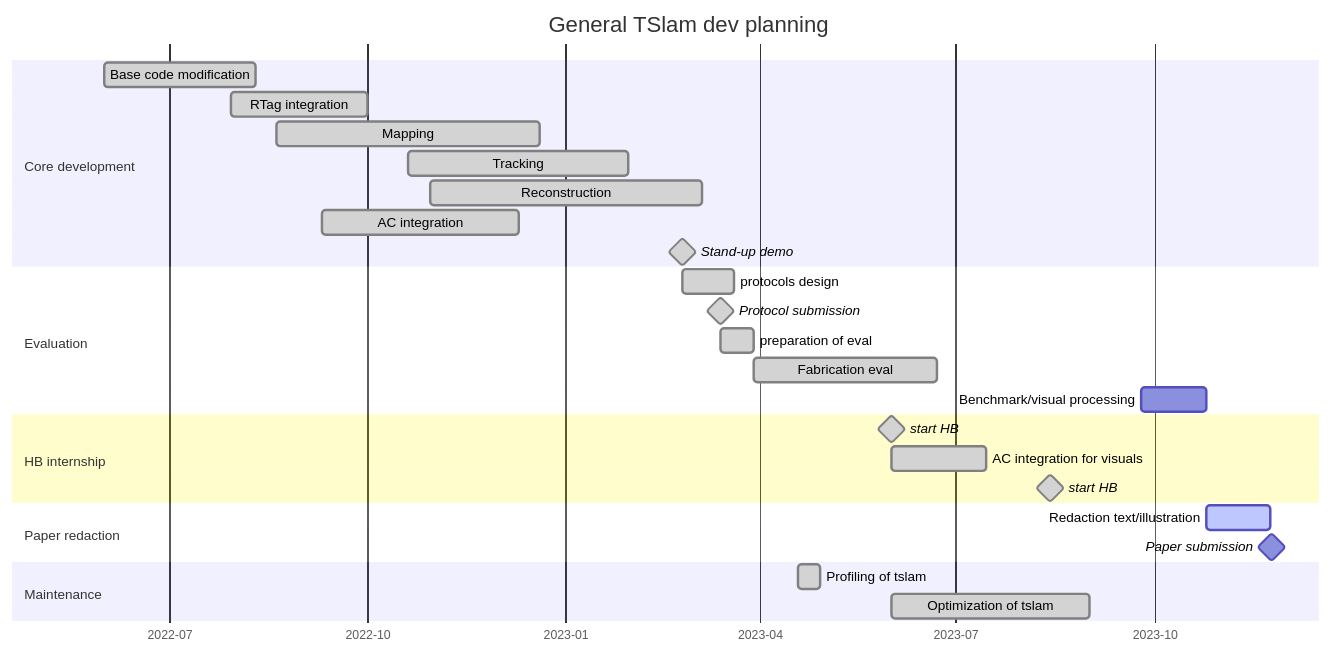
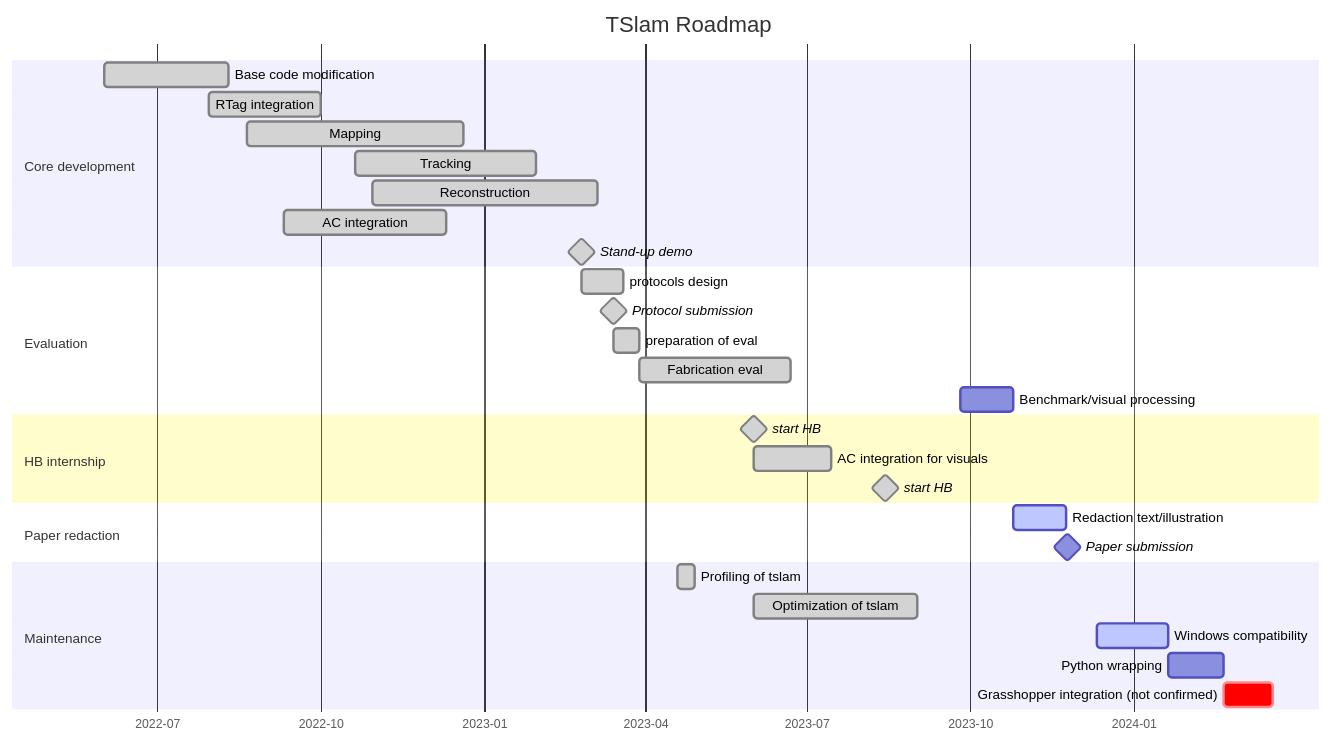
The diagram in README.md (ibois-epfl/TSlam), drawn with Mermaid before and after one commit. The commit also changed other lines of this file and 2 other files, not shown here.

````diff
--- a/README.md
+++ b/README.md
@@ -10,35 +367,38 @@
 ```mermaid
 gantt
     dateFormat  YYYY-MM-DD
-    title       General TSlam dev planning
+    title       TSlam Roadmap
     axisFormat %Y-%m
 
     section Core development
     Base code modification          :done, ucm, 2022-06-01, 2022-08-10
     RTag integration                :done, rti, 2022-07-30, 2022-10-01
     Mapping                         :done, map, 2022-08-20, 2022-12-20
     Tracking                        :done, trck, 2022-10-20, 2023-01-30
     Reconstruction                  :done, rec, 2022-10-30, 2023-03-05
     AC integration                  :done, aci, 2022-09-10, 2022-12-10
     Stand-up demo                   :milestone, done, 2023-02-24, 0d
 
     section Evaluation
     protocols design                :done, ptrd, 2023-02-24, 2023-03-20
     Protocol submission             :milestone, done, 2023-03-14, 0d
     preparation of eval             :done, 15d
     Fabrication eval                :done, 85d
     Benchmark/visual processing     :bvpr, 2023-09-25, 30d
     
     section HB internship
     start HB                        :milestone, done, 2023-06-01,
     AC integration for visuals      :done, 2023-06-01, 2023-07-15
     start HB                        :milestone, done, 2023-08-14,
 
     section Paper redaction
     Redaction text/illustration     :active, pprd, after bvpr, 30d
     Paper submission                :milestone, after pprd, 1d
     
     section Maintenance
     Profiling of tslam                  :done, opti, 2023-04-19, 10d
     Optimization of tslam               :done, 2023-06-01, 2023-09-01
+    Windows compatibility               :active, wincomp, 2023-12-11, 2024-01-20
+    Python wrapping                     :pywrap, 2024-01-20, 2024-02-20
+    Grasshopper integration (not confirmed)  :crit, after pywrap, 4w
 ```
````
